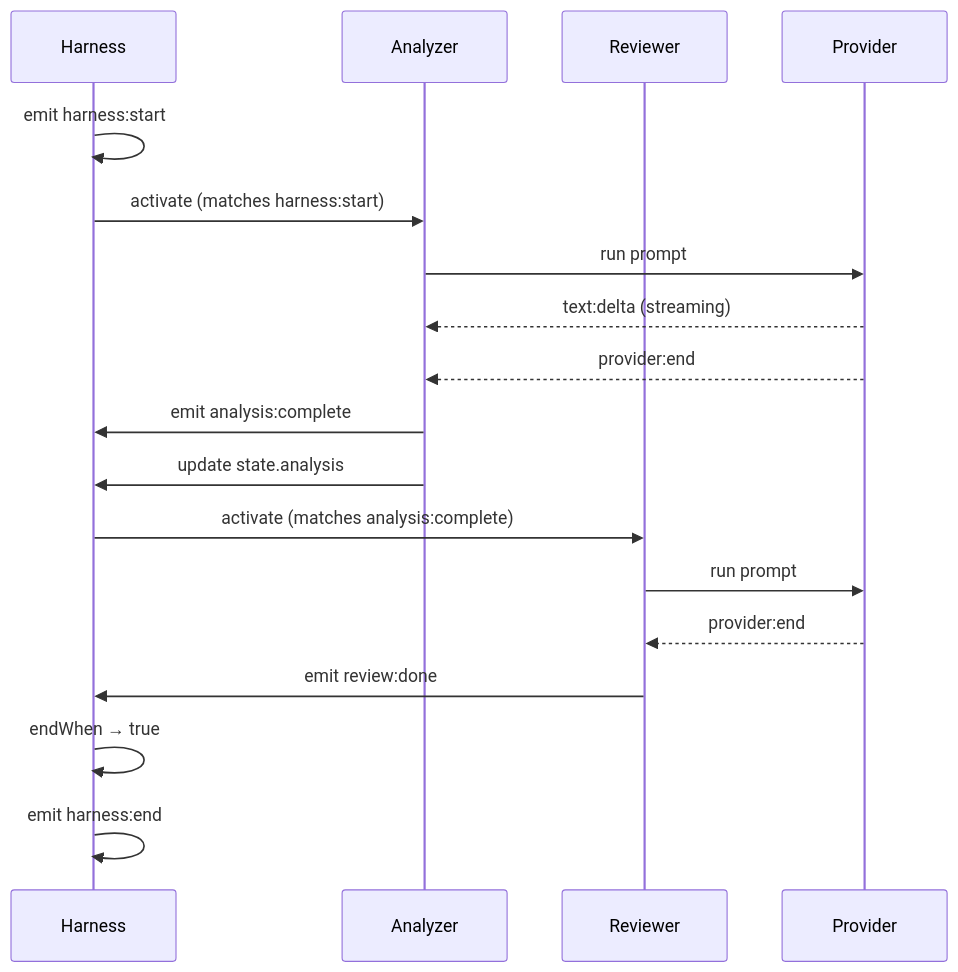
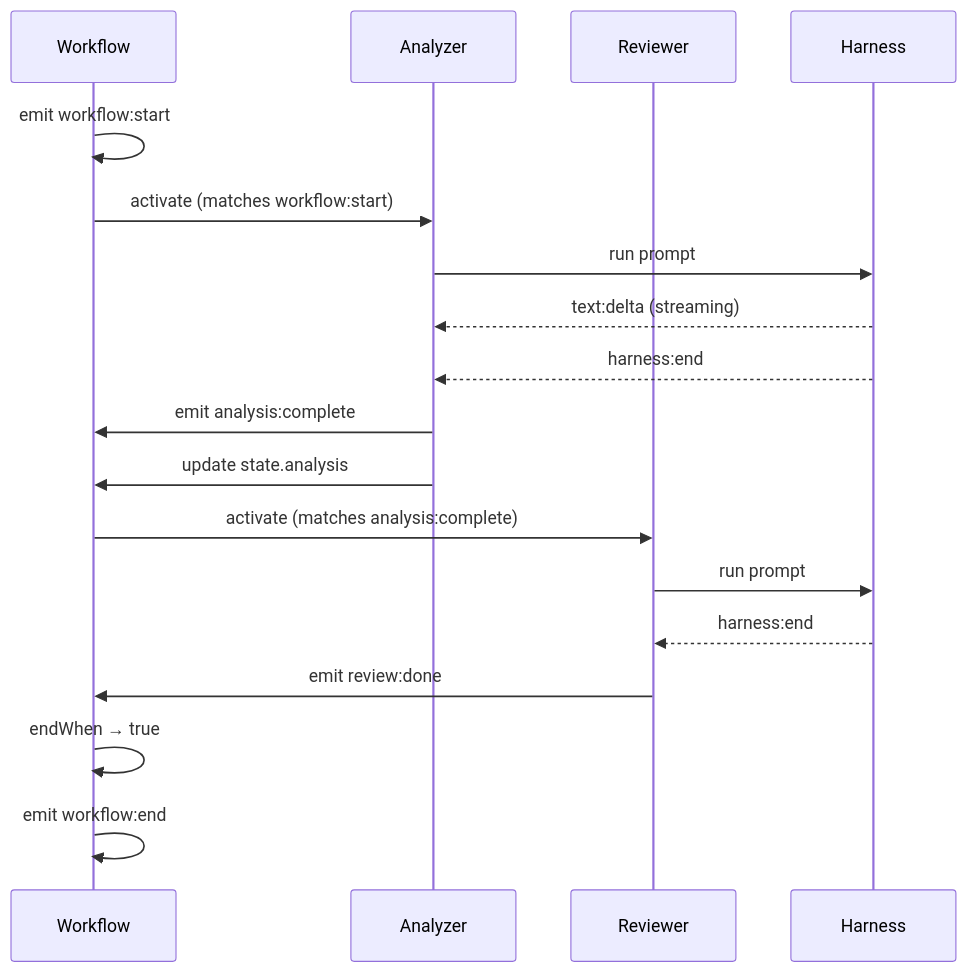
Before and after one commit to Open-Harness/open-harness: the diagram in apps/docs/content/docs/concepts/event-system.mdx, drawn with Mermaid. The commit also changed other lines of this file and 138 other files, not shown here.

````diff
--- a/apps/docs/content/docs/concepts/event-system.mdx
+++ b/apps/docs/content/docs/concepts/event-system.mdx
@@ -139,21 +139,21 @@
 ```mermaid
 sequenceDiagram
-    participant H as Harness
+    participant W as Workflow
     participant A as Analyzer
     participant R as Reviewer
-    participant P as Provider
+    participant H as Harness
 
-    H->>H: emit harness:start
-    H->>A: activate (matches harness:start)
-    A->>P: run prompt
-    P-->>A: text:delta (streaming)
-    P-->>A: provider:end
-    A->>H: emit analysis:complete
-    A->>H: update state.analysis
-    H->>R: activate (matches analysis:complete)
-    R->>P: run prompt
-    P-->>R: provider:end
-    R->>H: emit review:done
-    H->>H: endWhen → true
-    H->>H: emit harness:end
+    W->>W: emit workflow:start
+    W->>A: activate (matches workflow:start)
+    A->>H: run prompt
+    H-->>A: text:delta (streaming)
+    H-->>A: harness:end
+    A->>W: emit analysis:complete
+    A->>W: update state.analysis
+    W->>R: activate (matches analysis:complete)
+    R->>H: run prompt
+    H-->>R: harness:end
+    R->>W: emit review:done
+    W->>W: endWhen → true
+    W->>W: emit workflow:end
 ```
````
